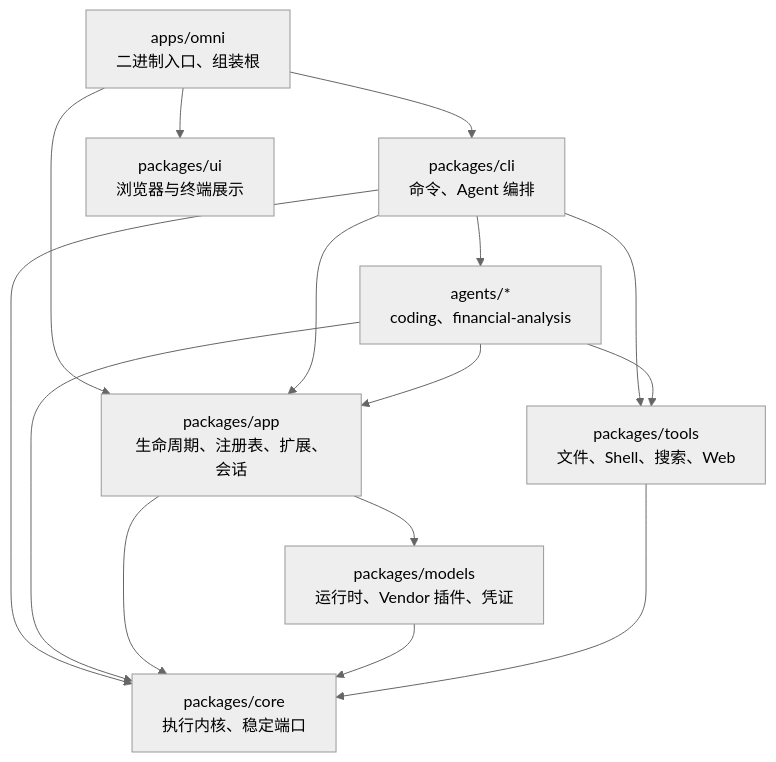
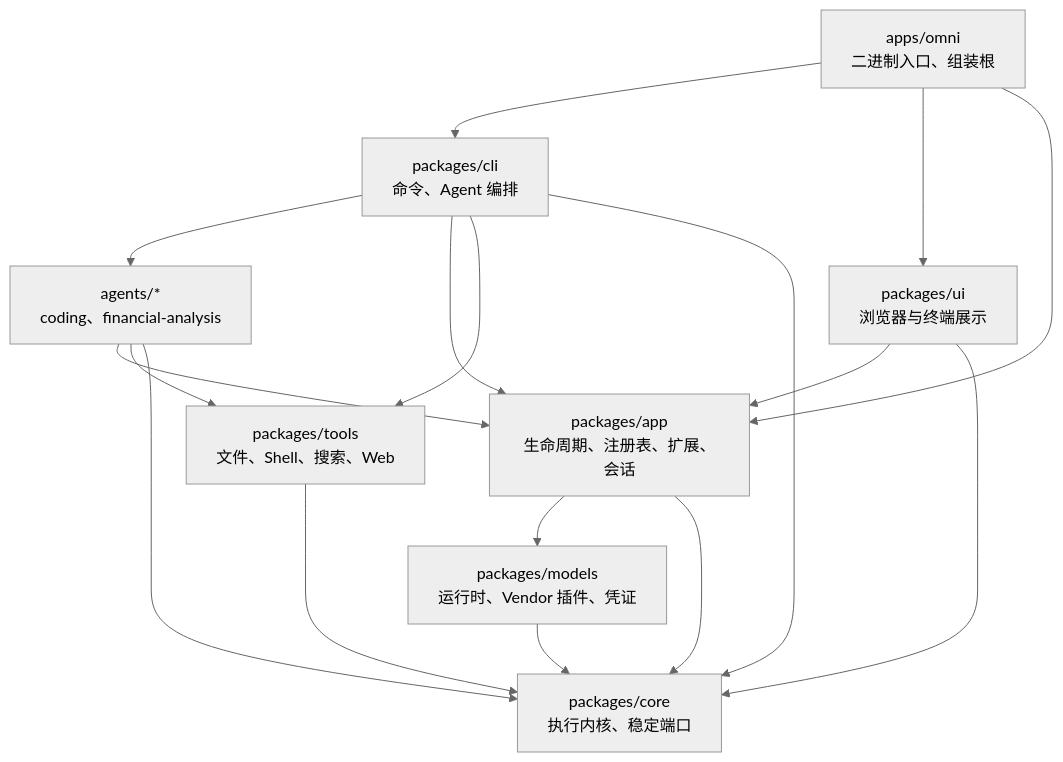
Before and after one commit to xdnloveme/omni-agent: the diagram in README.zh.md, drawn with Mermaid (neutral theme). The commit also changed other lines of this file and 126 other files, not shown here.

````diff
--- a/README.zh.md
+++ b/README.zh.md
@@ -433,26 +515,28 @@
 ```mermaid
 graph TD
     HOST["apps/omni<br/>二进制入口、组装根"]
     CLI["packages/cli<br/>命令、Agent 编排"]
     AGENTS["agents/*<br/>coding、financial-analysis"]
     APP["packages/app<br/>生命周期、注册表、扩展、会话"]
     MODELS["packages/models<br/>运行时、Vendor 插件、凭证"]
     TOOLS["packages/tools<br/>文件、Shell、搜索、Web"]
     UI["packages/ui<br/>浏览器与终端展示"]
     CORE["packages/core<br/>执行内核、稳定端口"]
 
     HOST --> CLI
     HOST --> UI
     HOST --> APP
     CLI --> AGENTS
     CLI --> APP
     CLI --> TOOLS
     CLI --> CORE
     AGENTS --> APP
     AGENTS --> TOOLS
+    UI --> APP
+    UI --> CORE
     AGENTS --> CORE
     APP --> MODELS
     APP --> CORE
     MODELS --> CORE
     TOOLS --> CORE
 ```
````
